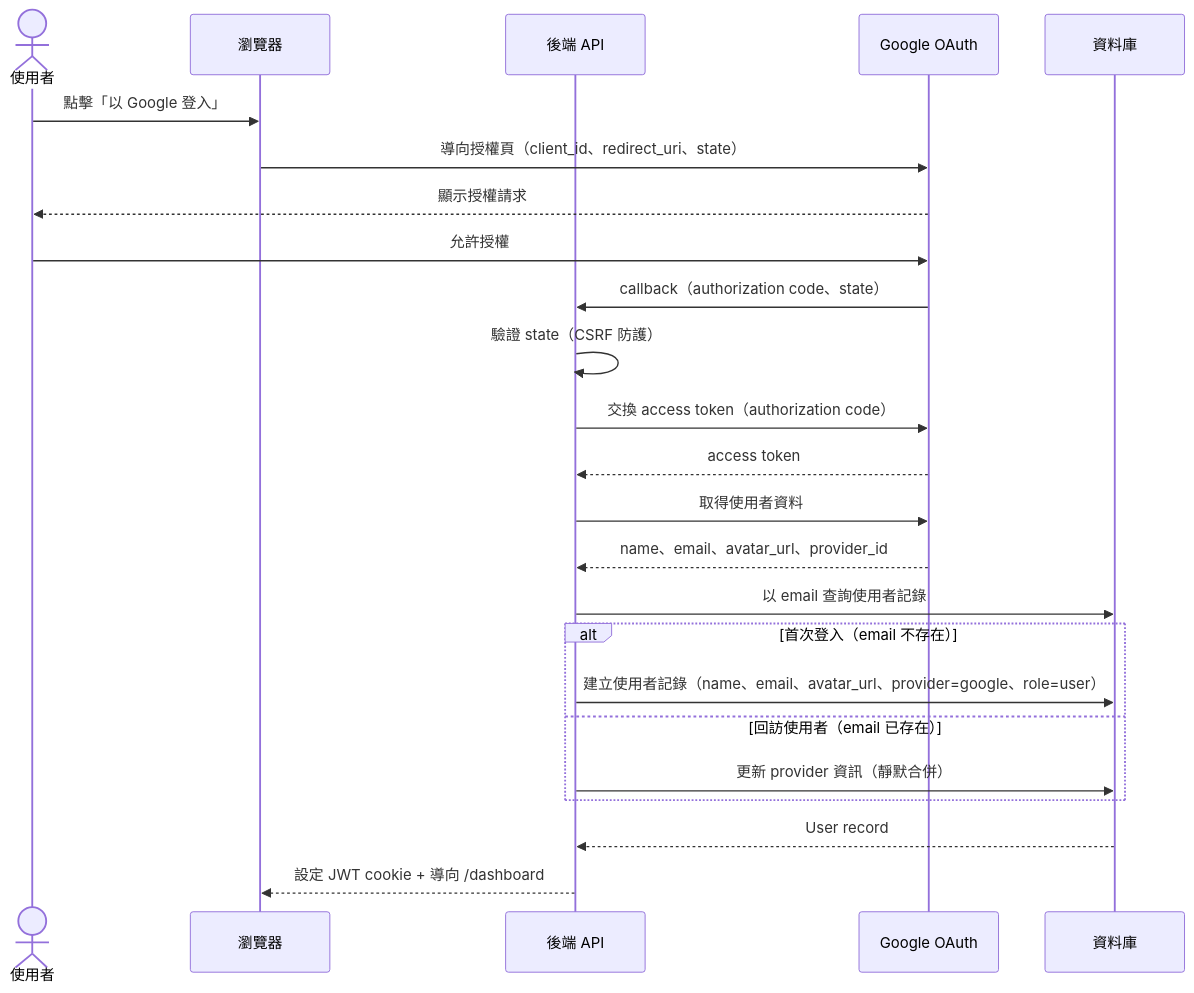
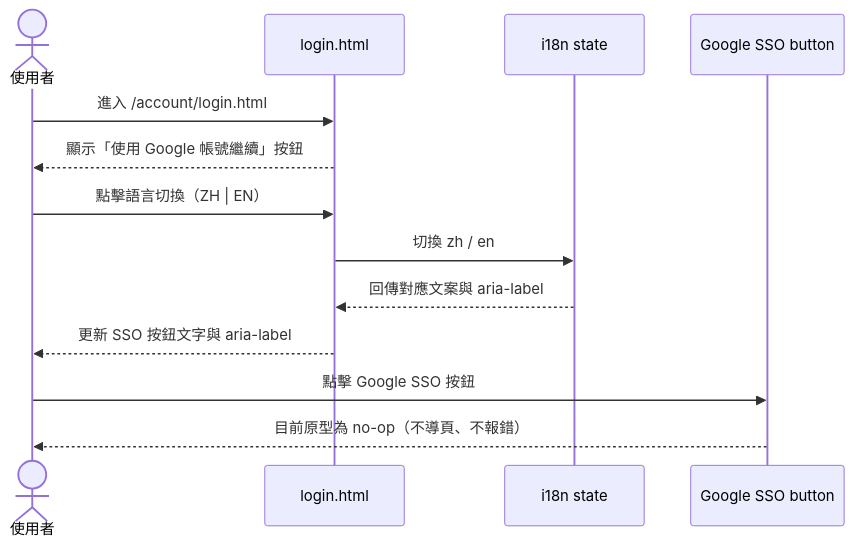
Before and after one commit to singyichen/label-suite: the first of 2 diagrams in specs/account/002-login-google-sso/spec.md, drawn with Mermaid. The commit also changed other lines of this file and 4 other files, not shown here.

````diff
--- a/specs/account/002-login-google-sso/spec.md
+++ b/specs/account/002-login-google-sso/spec.md
@@ -13,29 +16,18 @@
 ```mermaid
 sequenceDiagram
     actor 使用者
-    participant 瀏覽器
-    participant 後端API as 後端 API
-    participant Google as Google OAuth
-    participant 資料庫
+    participant login as login.html
+    participant i18n as i18n state
+    participant ssoBtn as Google SSO button
 
-    使用者->>瀏覽器: 點擊「以 Google 登入」
-    瀏覽器->>Google: 導向授權頁（client_id、redirect_uri、state）
-    Google-->>使用者: 顯示授權請求
-    使用者->>Google: 允許授權
-    Google->>後端API: callback（authorization code、state）
-    後端API->>後端API: 驗證 state（CSRF 防護）
-    後端API->>Google: 交換 access token（authorization code）
-    Google-->>後端API: access token
-    後端API->>Google: 取得使用者資料
-    Google-->>後端API: name、email、avatar_url、provider_id
+    使用者->>login: 進入 /account/login.html
+    login-->>使用者: 顯示「使用 Google 帳號繼續」按鈕
 
-    後端API->>資料庫: 以 email 查詢使用者記錄
-    alt 首次登入（email 不存在）
-        後端API->>資料庫: 建立使用者記錄（name、email、avatar_url、provider=google、role=user）
-    else 回訪使用者（email 已存在）
-        後端API->>資料庫: 更新 provider 資訊（靜默合併）
-    end
-    資料庫-->>後端API: User record
+    使用者->>login: 點擊語言切換（ZH | EN）
+    login->>i18n: 切換 zh / en
+    i18n-->>login: 回傳對應文案與 aria-label
+    login-->>使用者: 更新 SSO 按鈕文字與 aria-label
 
-    後端API-->>瀏覽器: 設定 JWT cookie + 導向 /dashboard
+    使用者->>ssoBtn: 點擊 Google SSO 按鈕
+    ssoBtn-->>使用者: 目前原型為 no-op（不導頁、不報錯）
 ```
````
